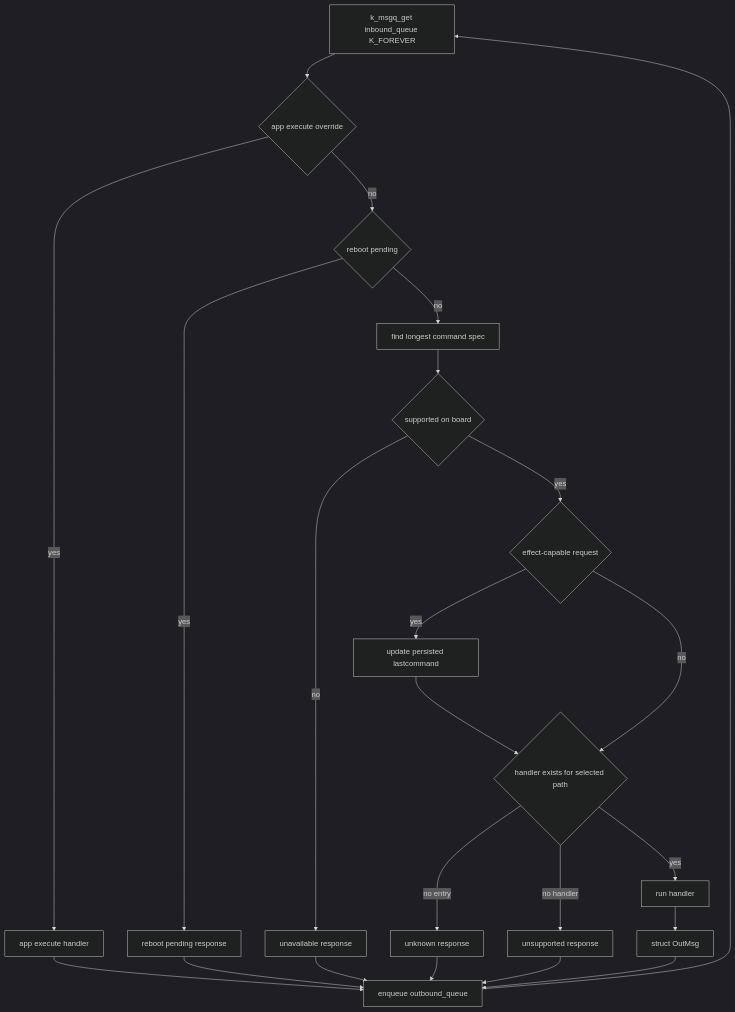
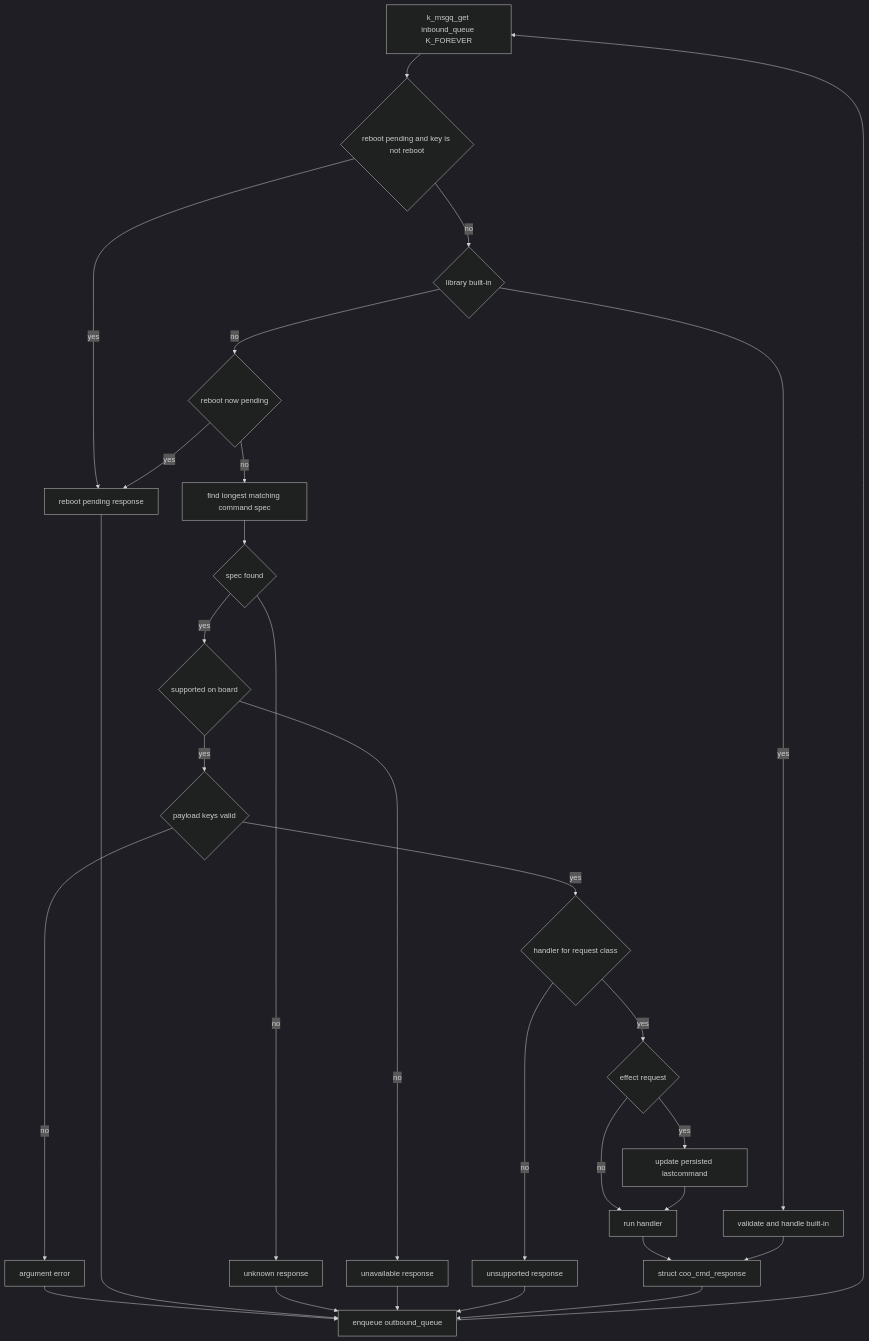
Before and after one commit to COO-Utilities/hispec-tib: the sixth of 25 diagrams in doc/diagrams.md, drawn with Mermaid (dark theme). The commit also changed other lines of this file and 39 other files, not shown here.

````diff
--- a/doc/diagrams.md
+++ b/doc/diagrams.md
@@ -123,25 +132,31 @@
 ```mermaid
 flowchart TD
-  Wait[k_msgq_get inbound_queue K_FOREVER] --> Override{app execute override}
-  Override -- yes --> AppExec[app execute handler]
-  Override -- no --> Reboot{reboot pending}
+  Wait[k_msgq_get inbound_queue K_FOREVER] --> Reboot{reboot pending and key is not reboot}
   Reboot -- yes --> Busy[reboot pending response]
-  Reboot -- no --> Dispatch[find longest command spec]
-  Dispatch --> Supported{supported on board}
+  Reboot -- no --> Builtin{library built-in}
+  Builtin -- yes --> RunBuiltin[validate and handle built-in]
+  Builtin -- no --> Recheck{reboot now pending}
+  Recheck -- yes --> Busy
+  Recheck -- no --> Dispatch[find longest matching command spec]
+  Dispatch --> Found{spec found}
+  Found -- no --> Unknown[unknown response]
+  Found -- yes --> Supported{supported on board}
   Supported -- no --> Unavailable[unavailable response]
-  Supported -- yes --> Record{effect-capable request}
+  Supported -- yes --> Validate{payload keys valid}
+  Validate -- no --> Invalid[argument error]
+  Validate -- yes --> HasHandler{handler for request class}
+  HasHandler -- no --> Unsupported[unsupported response]
+  HasHandler -- yes --> Record{effect request}
   Record -- yes --> Last[update persisted lastcommand]
-  Record -- no --> Found{handler exists for selected path}
-  Last --> Found
-  Found -- no entry --> Unknown[unknown response]
-  Found -- no handler --> Unsupported[unsupported response]
-  Found -- yes --> Handler[run handler]
-  Handler --> Response[struct OutMsg]
-  AppExec --> Out[enqueue outbound_queue]
+  Record -- no --> Handler[run handler]
+  Last --> Handler
+  Handler --> Response[struct coo_cmd_response]
+  RunBuiltin --> Response
+  Invalid --> Out[enqueue outbound_queue]
   Busy --> Out
-  Unknown --> Out[enqueue outbound_queue]
+  Unknown --> Out
   Unavailable --> Out
   Unsupported --> Out
   Response --> Out
   Out --> Wait
 ```
````
